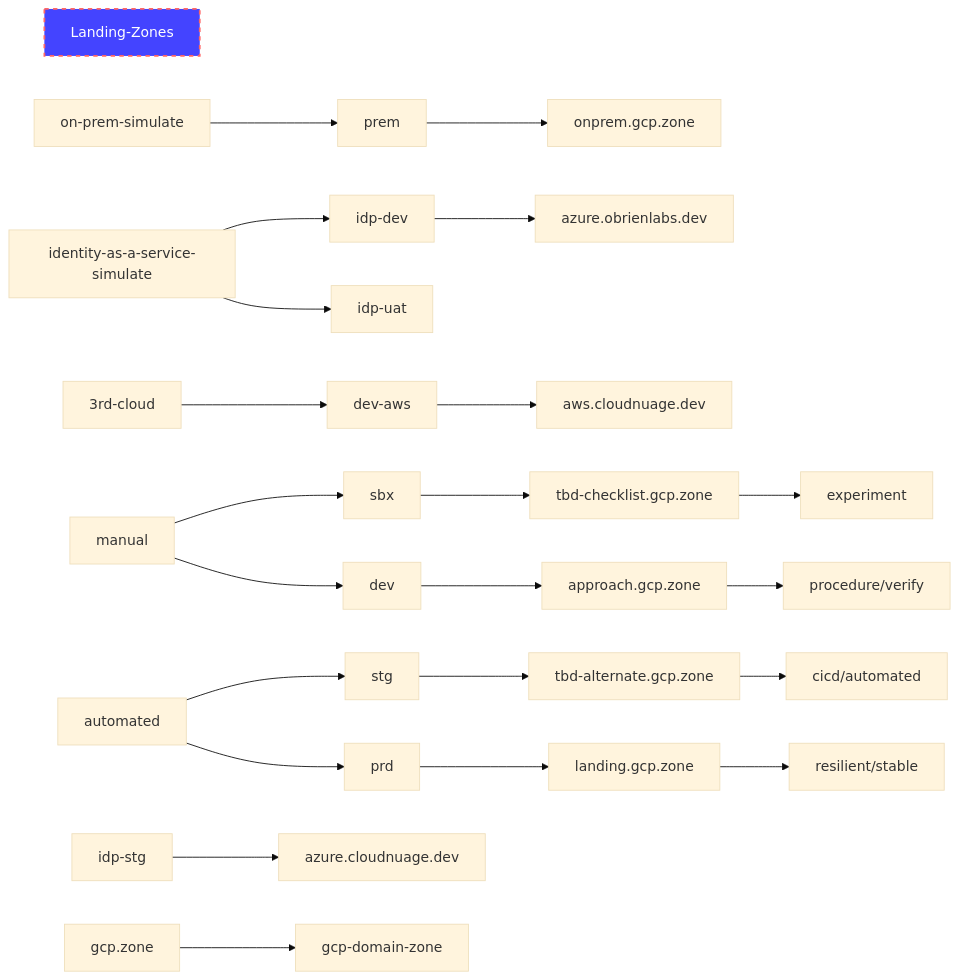
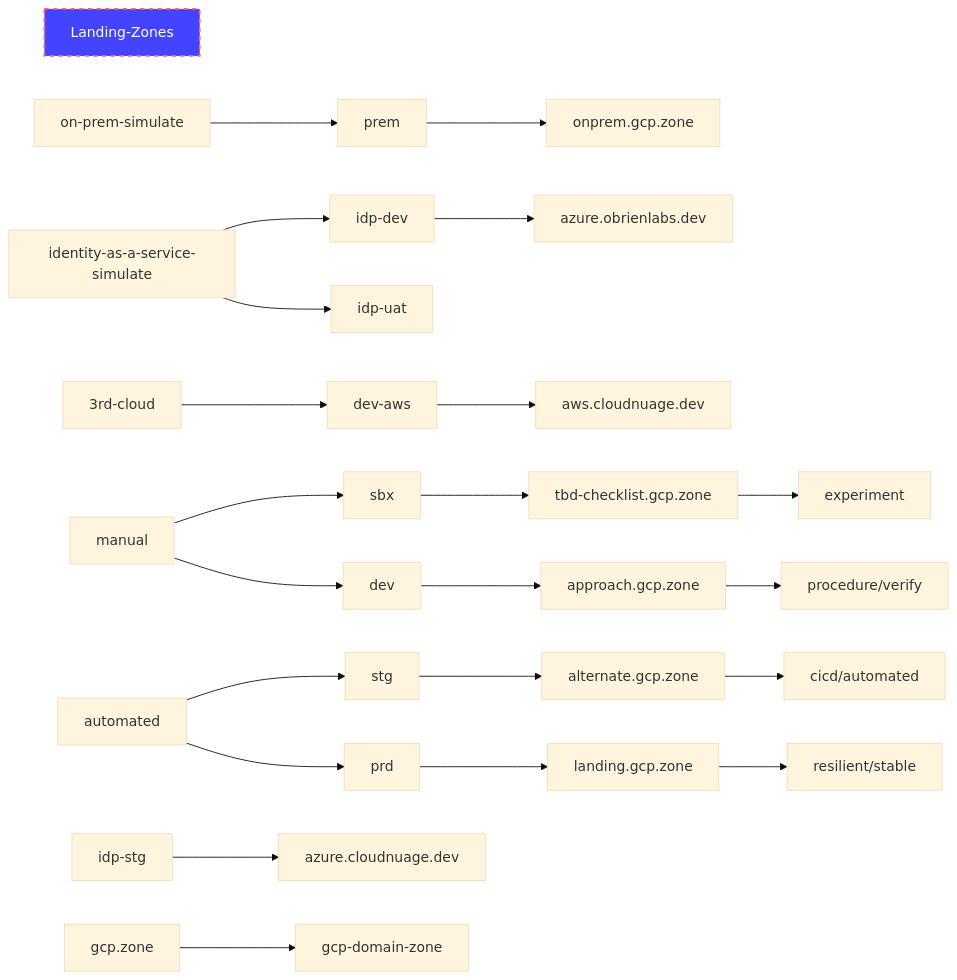
One commit to GoogleCloudPlatform/pbmm-on-gcp-onboarding changed the diagram in docs/deployments.md. Above: the diagram before and after it, drawn with Mermaid (base theme).

Commit message:
#166 - cd automation

````diff
--- a/docs/deployments.md
+++ b/docs/deployments.md
@@ -26,27 +26,27 @@
 ```mermaid
 graph LR;
     style Landing-Zones fill:#44f,stroke:#f66,stroke-width:2px,color:#fff,stroke-dasharray: 5 5
     %% mapped and documented
 
     on-prem-simulate-->prem
     identity-as-a-service-simulate-->idp-dev
     identity-as-a-service-simulate-->idp-uat
     3rd-cloud-->dev-aws
     
     manual-->sbx
     manual-->dev
     automated-->stg
     automated-->prd
     
     prem-->onprem.gcp.zone
     idp-dev-->azure.obrienlabs.dev
     idp-stg-->azure.cloudnuage.dev
     dev-->approach.gcp.zone-->procedure/verify
     dev-aws-->aws.cloudnuage.dev
     sbx-->tbd-checklist.gcp.zone-->experiment
     prd-->landing.gcp.zone-->resilient/stable
-    stg-->tbd-alternate.gcp.zone-->cicd/automated
+    stg-->alternate.gcp.zone-->cicd/automated
     gcp.zone-->gcp-domain-zone
     
     
 ```
````
